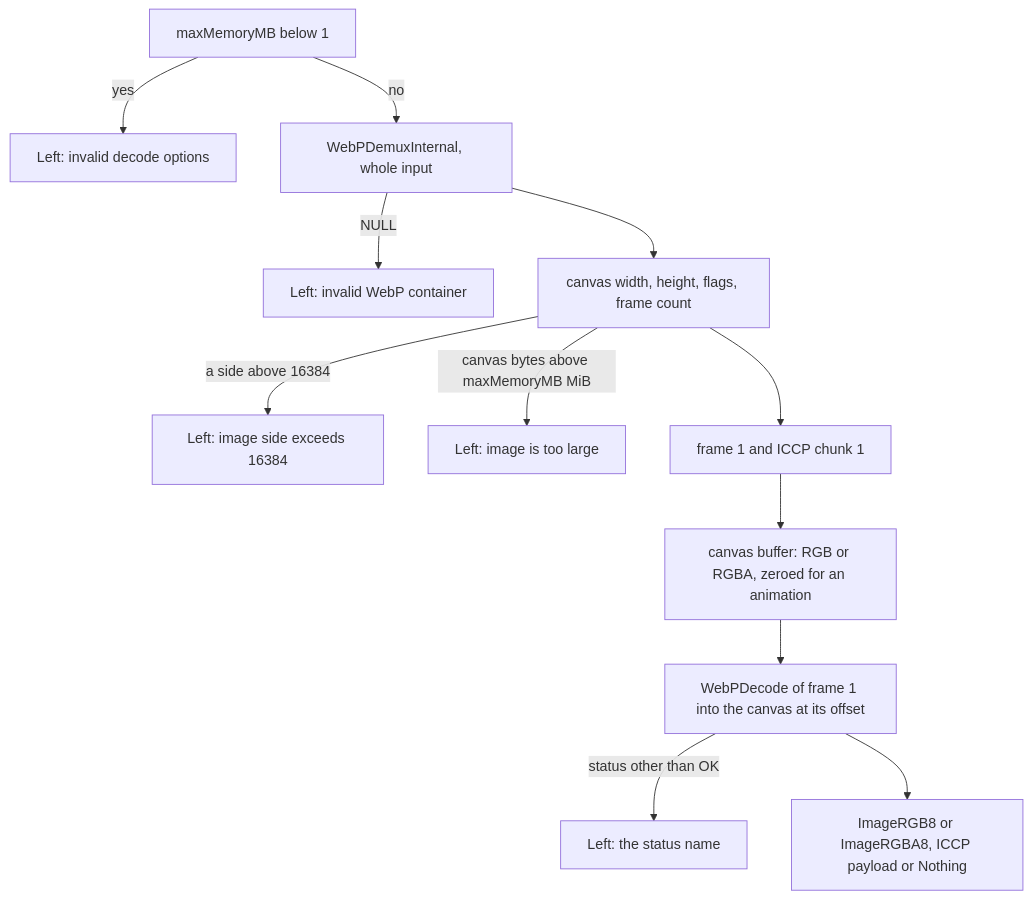
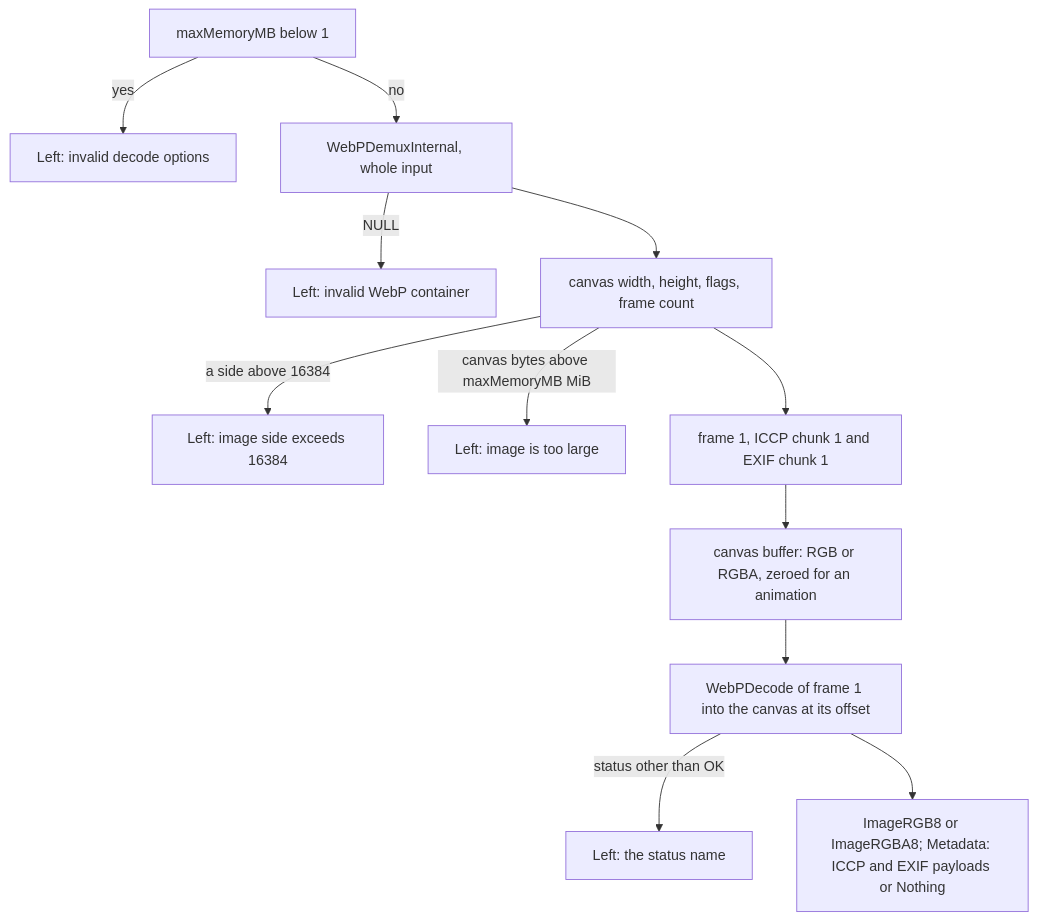
The fourth of 6 diagrams in plans/2026-11-22-core-webp-decoding.md (simplex-chat/simplex-chat), drawn with Mermaid before and after one commit. The commit also changed other lines of this file, not shown here.

Commit message:
docs: state the EXIF orientation and the binary sizes in the WebP plan

````diff
--- a/plans/2026-11-22-core-webp-decoding.md
+++ b/plans/2026-11-22-core-webp-decoding.md
@@ -208,14 +213,14 @@
 ```mermaid
 flowchart TD
   A["maxMemoryMB below 1"] -->|yes| L0["Left: invalid decode options"]
   A -->|no| B["WebPDemuxInternal, whole input"]
   B -->|NULL| L1["Left: invalid WebP container"]
   B --> C["canvas width, height, flags, frame count"]
   C -->|"a side above 16384"| L2["Left: image side exceeds 16384"]
   C -->|"canvas bytes above maxMemoryMB MiB"| L3["Left: image is too large"]
-  C --> D["frame 1 and ICCP chunk 1"]
+  C --> D["frame 1, ICCP chunk 1 and EXIF chunk 1"]
   D --> E["canvas buffer: RGB or RGBA, zeroed for an animation"]
   E --> F["WebPDecode of frame 1 into the canvas at its offset"]
   F -->|"status other than OK"| L4["Left: the status name"]
-  F --> G["ImageRGB8 or ImageRGBA8, ICCP payload or Nothing"]
+  F --> G["ImageRGB8 or ImageRGBA8; Metadata: ICCP and EXIF payloads or Nothing"]
 ```
````
